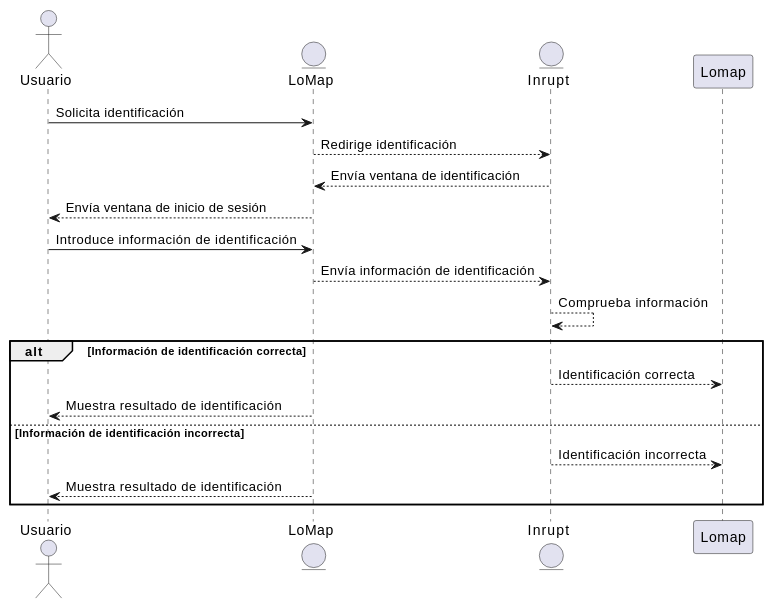
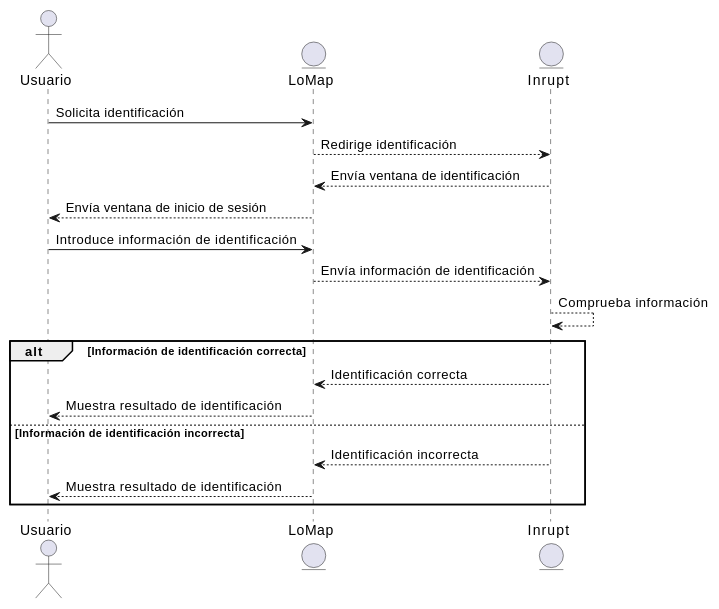
Before and after one commit to Arquisoft/lomap_es3c: the first of 16 diagrams in docs/06_runtime_view.adoc, drawn with PlantUML. The commit also changed other lines of this file, not shown here.

```diff
--- a/docs/06_runtime_view.adoc
+++ b/docs/06_runtime_view.adoc
@@ -34,20 +34,20 @@
 [plantuml,"Sequence diagram02",png]
 ----
 actor Usuario
 entity LoMap
 entity Inrupt
 Usuario -> LoMap: Solicita identificación
 LoMap--> Inrupt: Redirige identificación
 Inrupt--> LoMap: Envía ventana de identificación
 LoMap--> Usuario: Envía ventana de inicio de sesión
 Usuario -> LoMap: Introduce información de identificación
 LoMap--> Inrupt: Envía información de identificación
 Inrupt--> Inrupt: Comprueba información
 alt Información de identificación correcta
-Inrupt-->Lomap: Identificación correcta
+Inrupt-->LoMap: Identificación correcta
 LoMap--> Usuario: Muestra resultado de identificación
 else Información de identificación incorrecta
-Inrupt-->Lomap: Identificación incorrecta
+Inrupt-->LoMap: Identificación incorrecta
 LoMap--> Usuario: Muestra resultado de identificación
 end
 ----
```
